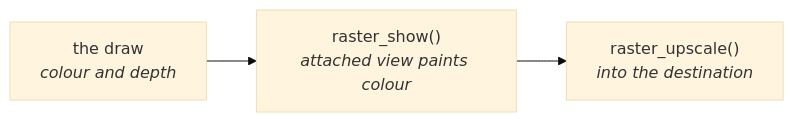
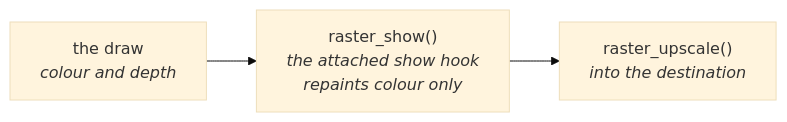
The third of 5 diagrams in docs/render/Mesh-Rendering.md (jose-villegas/autana), drawn with Mermaid (base theme) before and after one commit. The commit also changed other lines of this file and 3 other files, not shown here.

Commit message:
docs: Mesh-Rendering prose as tables, lists and a routing diagram; board sweeps collapsed (autana-md9a7)

````diff
--- a/docs/render/Mesh-Rendering.md
+++ b/docs/render/Mesh-Rendering.md
@@ -205,5 +213,5 @@
 ```mermaid
 flowchart LR
     Render["the draw<br/><i>colour and depth</i>"] --> Show
-    Show["raster_show()<br/><i>attached view paints colour</i>"] --> Upscale["raster_upscale()<br/><i>into the destination</i>"]
+    Show["raster_show()<br/><i>the attached show hook<br/>repaints colour only</i>"] --> Upscale["raster_upscale()<br/><i>into the destination</i>"]
 ```
````
